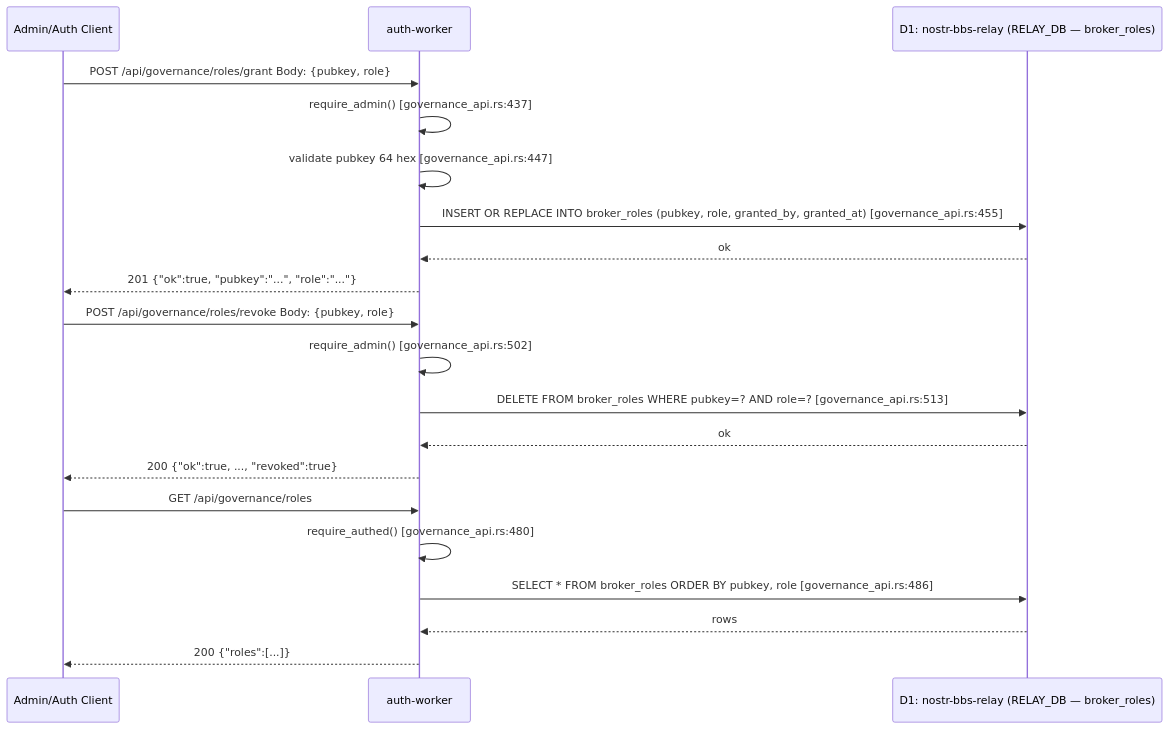
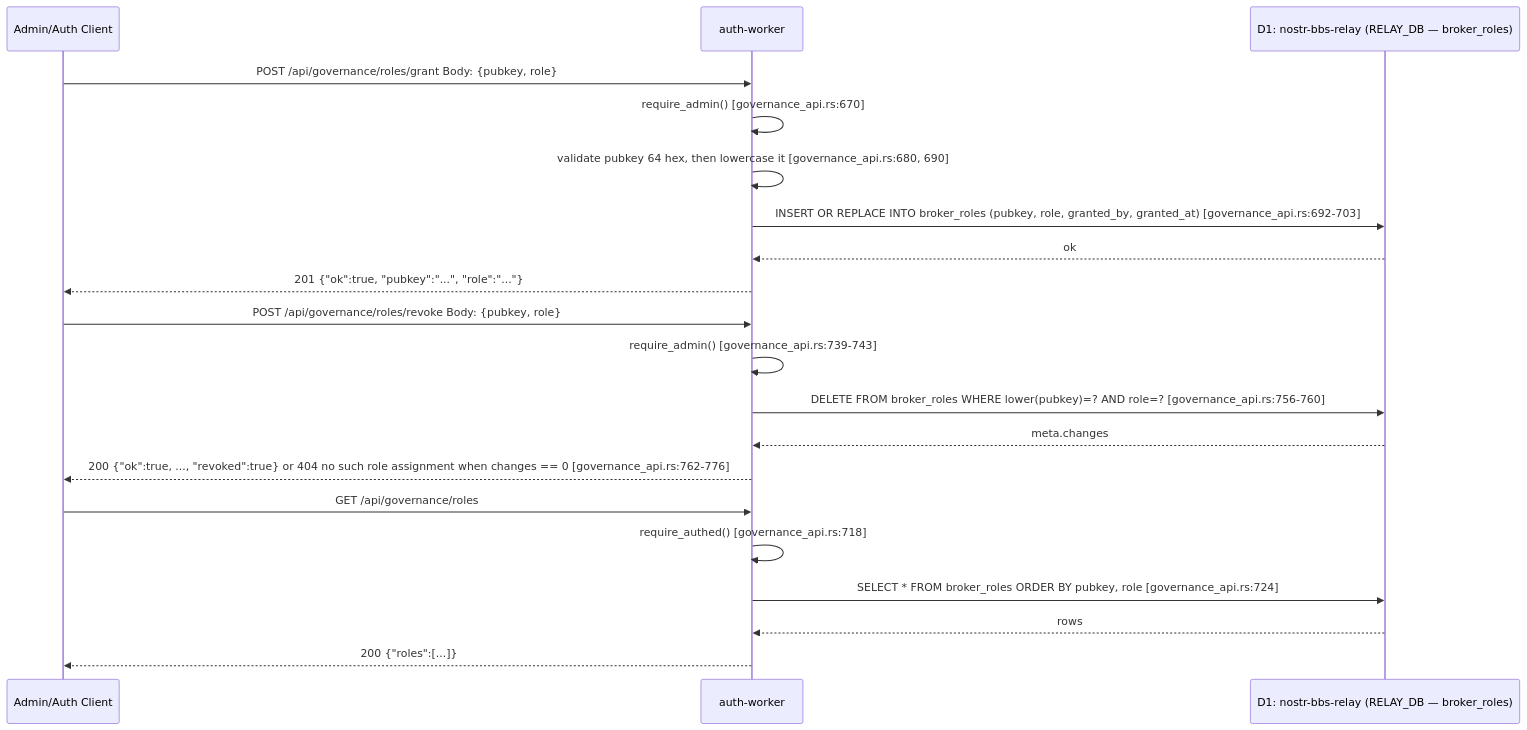
Before and after one commit to DreamLab-AI/nostr-rust-forum: the fifth of 7 diagrams in docs/diagrams/auth-governance-flows.md, drawn with Mermaid. The commit also changed other lines of this file and 4 other files, not shown here.

First line of the commit message:
docs(diagrams): bring the diagram corpus up to 3c48e26 (NIP-09 tombstones, deletion sync, NIP-42 receipts, per-identity zone keys)

````diff
--- a/docs/diagrams/auth-governance-flows.md
+++ b/docs/diagrams/auth-governance-flows.md
@@ -171,25 +176,25 @@
 ```mermaid
 sequenceDiagram
     participant A as Admin/Auth Client
     participant W as auth-worker
     participant D1R as D1: nostr-bbs-relay (RELAY_DB — broker_roles)
 
     A->>W: POST /api/governance/roles/grant  Body: {pubkey, role}
-    W->>W: require_admin() [governance_api.rs:437]
-    W->>W: validate pubkey 64 hex [governance_api.rs:447]
-    W->>D1R: INSERT OR REPLACE INTO broker_roles (pubkey, role, granted_by, granted_at) [governance_api.rs:455]
+    W->>W: require_admin() [governance_api.rs:670]
+    W->>W: validate pubkey 64 hex, then lowercase it [governance_api.rs:680, 690]
+    W->>D1R: INSERT OR REPLACE INTO broker_roles (pubkey, role, granted_by, granted_at) [governance_api.rs:692-703]
     D1R-->>W: ok
     W-->>A: 201 {"ok":true, "pubkey":"...", "role":"..."}
 
     A->>W: POST /api/governance/roles/revoke  Body: {pubkey, role}
-    W->>W: require_admin() [governance_api.rs:502]
-    W->>D1R: DELETE FROM broker_roles WHERE pubkey=? AND role=? [governance_api.rs:513]
-    D1R-->>W: ok
-    W-->>A: 200 {"ok":true, ..., "revoked":true}
+    W->>W: require_admin() [governance_api.rs:739-743]
+    W->>D1R: DELETE FROM broker_roles WHERE lower(pubkey)=? AND role=? [governance_api.rs:756-760]
+    D1R-->>W: meta.changes
+    W-->>A: 200 {"ok":true, ..., "revoked":true} or 404 no such role assignment when changes == 0 [governance_api.rs:762-776]
 
     A->>W: GET /api/governance/roles
-    W->>W: require_authed() [governance_api.rs:480]
-    W->>D1R: SELECT * FROM broker_roles ORDER BY pubkey, role [governance_api.rs:486]
+    W->>W: require_authed() [governance_api.rs:718]
+    W->>D1R: SELECT * FROM broker_roles ORDER BY pubkey, role [governance_api.rs:724]
     D1R-->>W: rows
     W-->>A: 200 {"roles":[...]}
 ```
````
